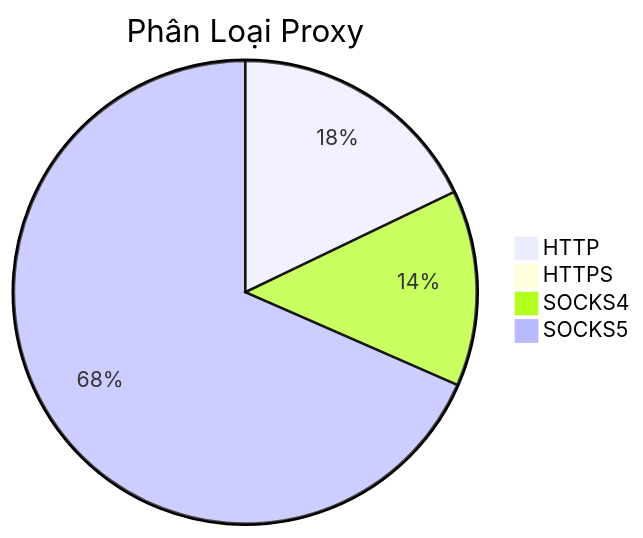
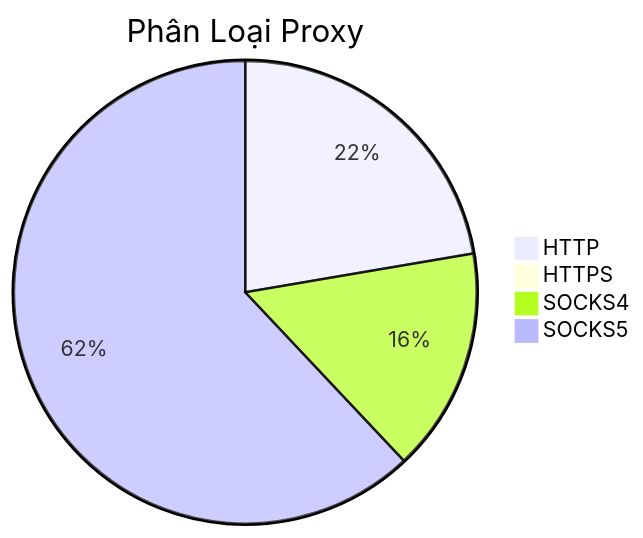
The diagram in README.md (Ciara-Aa/PROXY-free), drawn with Mermaid before and after one commit. The commit also changed other lines of this file and 4 other files, not shown here.

````diff
--- a/README.md
+++ b/README.md
@@ -26,7 +26,7 @@
 ```mermaid
 pie title Phân Loại Proxy
-    "HTTP" : 423
-    "HTTPS" : 3
-    "SOCKS4" : 324
-    "SOCKS5" : 1620
+    "HTTP" : 376
+    "HTTPS" : 1
+    "SOCKS4" : 264
+    "SOCKS5" : 1045
 ```
````
